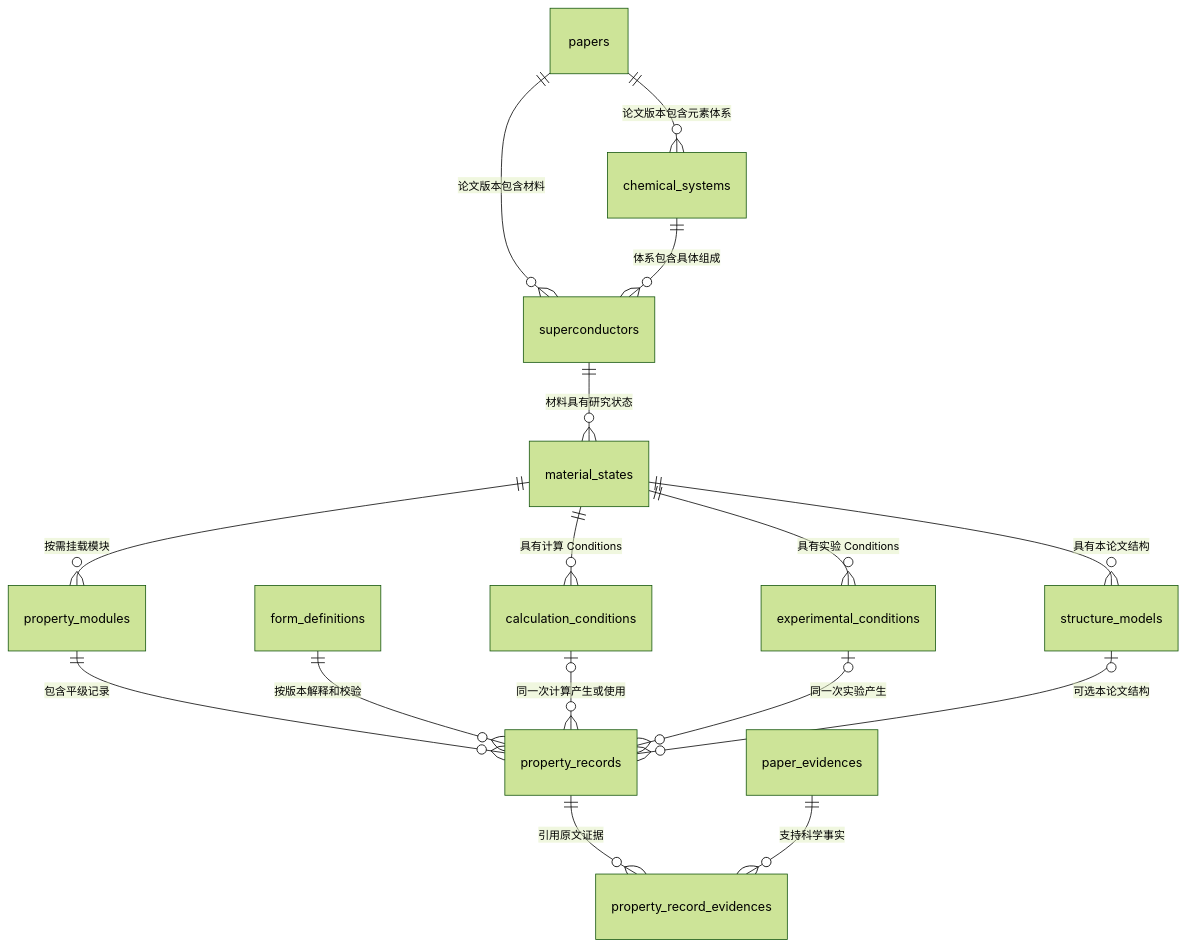
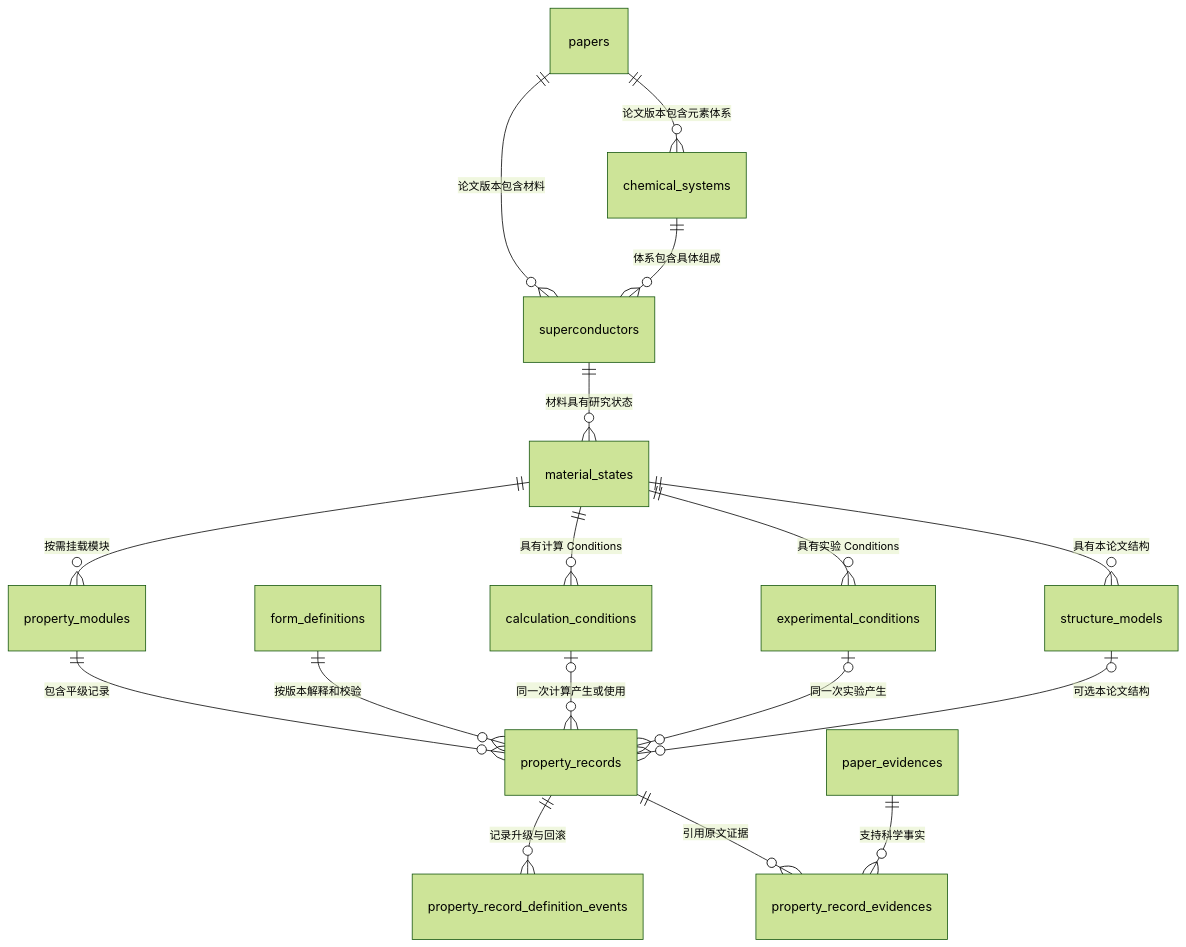
The diagram in docs/specs/90-unified-superconductor-properties/table-relationships.md (JLU-ICCMS-MaYuan/Conventional-SC-Dataset), drawn with Mermaid (forest theme) before and after one commit. The commit also changed other lines of this file and 11 other files, not shown here.

````diff
--- a/docs/specs/90-unified-superconductor-properties/table-relationships.md
+++ b/docs/specs/90-unified-superconductor-properties/table-relationships.md
@@ -5,21 +5,22 @@
 ```mermaid
 erDiagram
     papers ||--o{ chemical_systems : "论文版本包含元素体系"
     papers ||--o{ superconductors : "论文版本包含材料"
     chemical_systems ||--o{ superconductors : "体系包含具体组成"
     superconductors ||--o{ material_states : "材料具有研究状态"
 
     material_states ||--o{ structure_models : "具有本论文结构"
     material_states ||--o{ calculation_conditions : "具有计算 Conditions"
     material_states ||--o{ experimental_conditions : "具有实验 Conditions"
     material_states ||--o{ property_modules : "按需挂载模块"
 
     property_modules ||--o{ property_records : "包含平级记录"
     form_definitions ||--o{ property_records : "按版本解释和校验"
+    property_records ||--o{ property_record_definition_events : "记录升级与回滚"
     calculation_conditions |o--o{ property_records : "同一次计算产生或使用"
     experimental_conditions |o--o{ property_records : "同一次实验产生"
     structure_models |o--o{ property_records : "可选本论文结构"
 
     property_records ||--o{ property_record_evidences : "引用原文证据"
     paper_evidences ||--o{ property_record_evidences : "支持科学事实"
 ```
````
